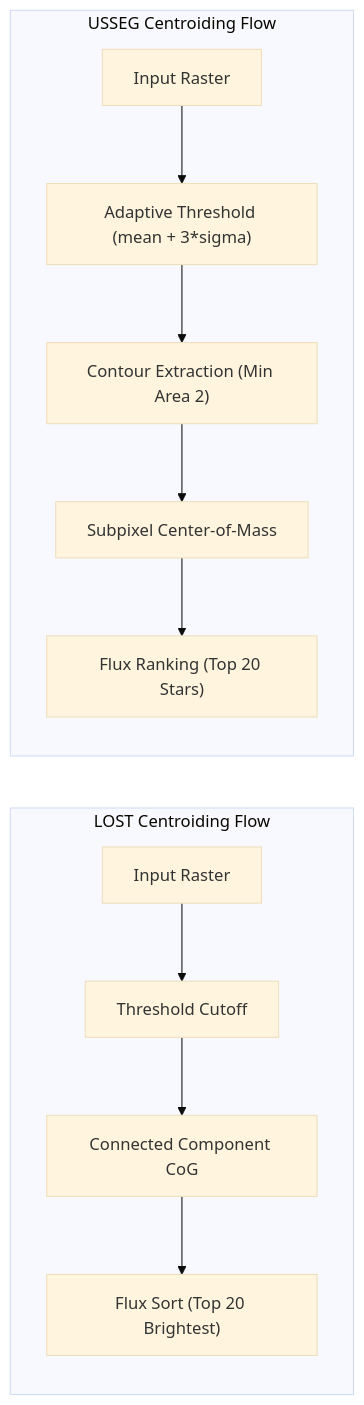
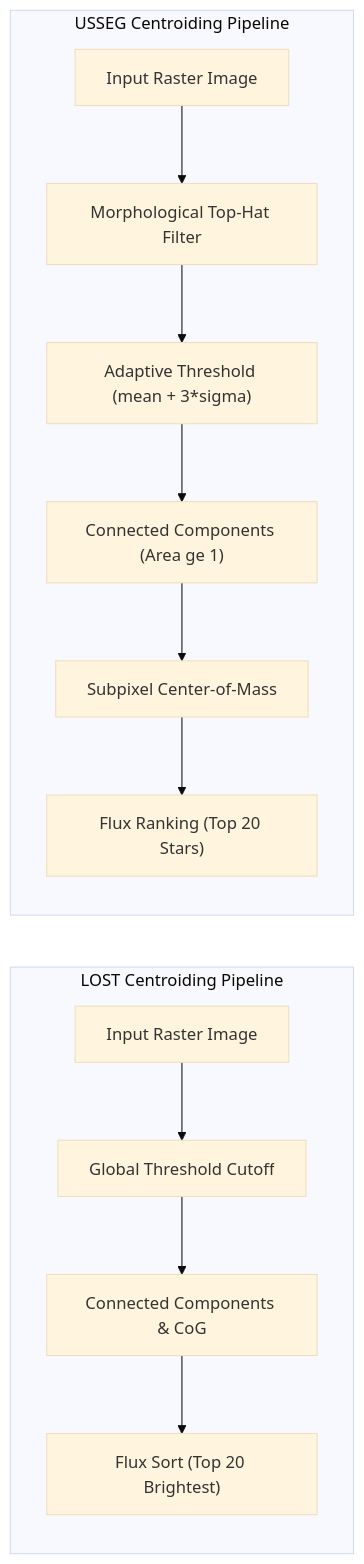
The second of 4 diagrams in docs/01_system_architecture.md (itschnmy/usseg_startracker), drawn with Mermaid (base theme) before and after one commit. The commit also changed other lines of this file and 2 other files, not shown here.

Commit message:
refactor(docs): standardize all mermaid diagrams to high-performance graph LR/TD syntax with balanced layout and zero parse failure

````diff
--- a/docs/01_system_architecture.md
+++ b/docs/01_system_architecture.md
@@ -91,15 +95,28 @@
 ```mermaid
-flowchart LR
-    subgraph LOST_Centroid["LOST Centroiding Flow"]
-        L1["Input Raster"] --> L2["Threshold Cutoff"]
-        L2 --> L3["Connected Component CoG"]
-        L3 --> L4["Flux Sort (Top 20 Brightest)"]
+graph LR
+    subgraph C1["LOST Centroiding Pipeline"]
+        direction TB
+        C1_IN["Input Raster Image"]
+        C1_TH["Global Threshold Cutoff"]
+        C1_CC["Connected Components & CoG"]
+        C1_SORT["Flux Sort (Top 20 Brightest)"]
+        C1_IN --> C1_TH
+        C1_TH --> C1_CC
+        C1_CC --> C1_SORT
     end
 
-    subgraph USSEG_Centroid["USSEG Centroiding Flow"]
-        U1["Input Raster"] --> U2["Adaptive Threshold (mean + 3*sigma)"]
-        U2 --> U3["Contour Extraction (Min Area 2)"]
-        U3 --> U4["Subpixel Center-of-Mass"]
-        U4 --> U5["Flux Ranking (Top 20 Stars)"]
+    subgraph C2["USSEG Centroiding Pipeline"]
+        direction TB
+        C2_IN["Input Raster Image"]
+        C2_TOP["Morphological Top-Hat Filter"]
+        C2_TH["Adaptive Threshold (mean + 3*sigma)"]
+        C2_CC["Connected Components (Area ge 1)"]
+        C2_SUB["Subpixel Center-of-Mass"]
+        C2_SORT["Flux Ranking (Top 20 Stars)"]
+        C2_IN --> C2_TOP
+        C2_TOP --> C2_TH
+        C2_TH --> C2_CC
+        C2_CC --> C2_SUB
+        C2_SUB --> C2_SORT
     end
 ```
````
